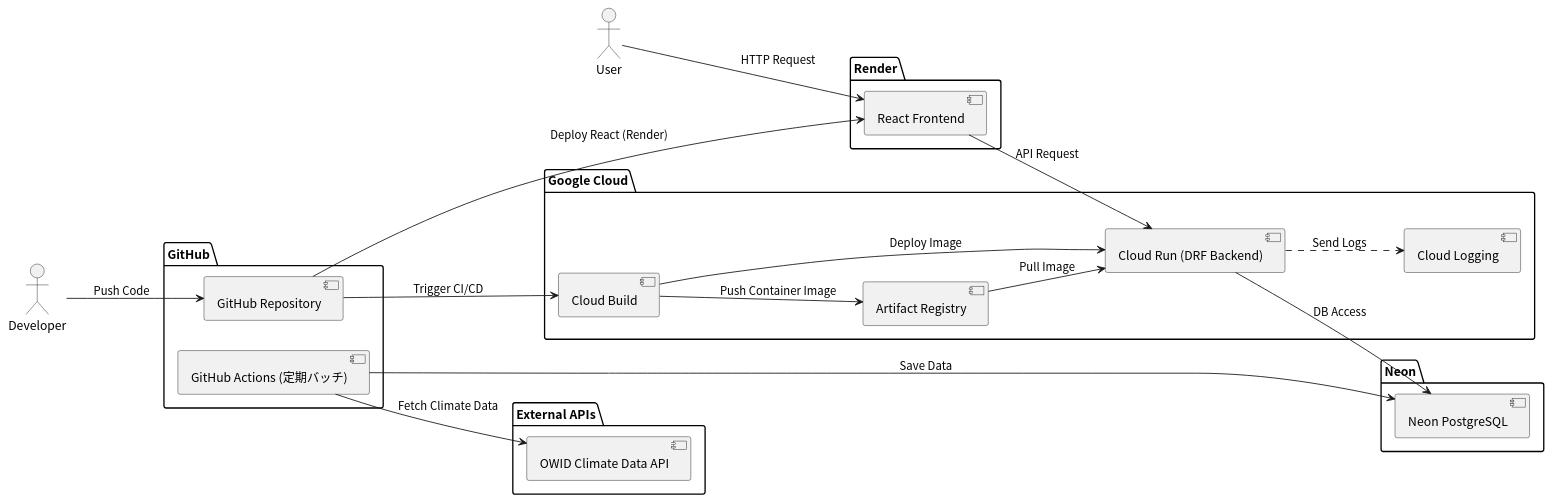
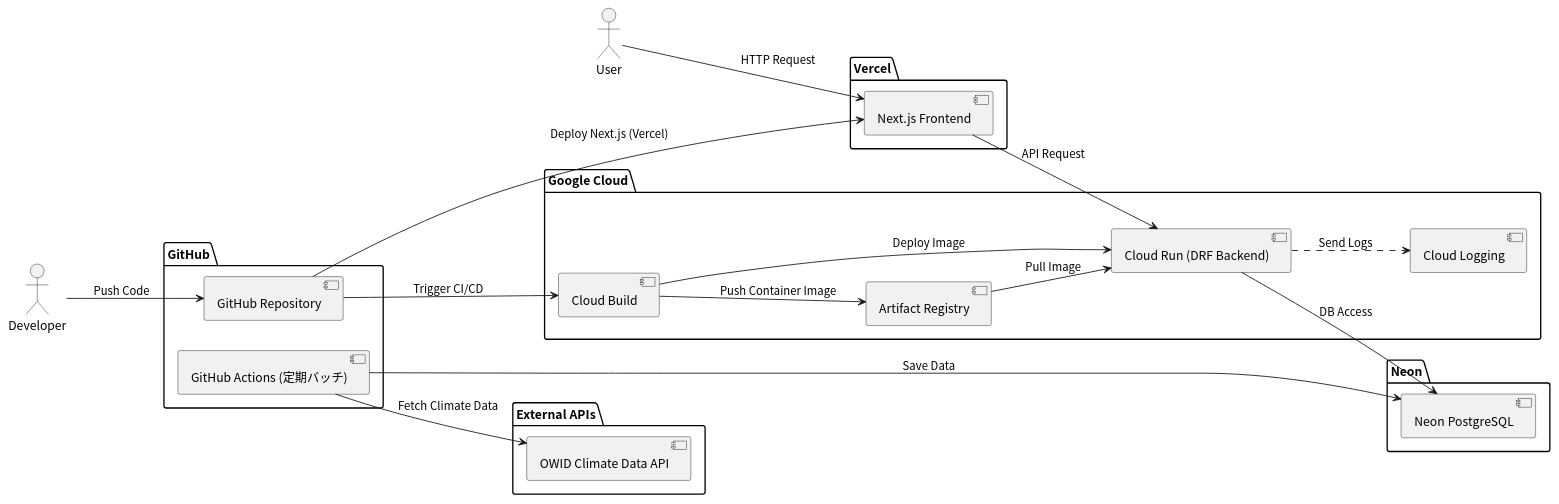
One commit to tomoki-shiozaki/climate-change-app-v2 changed the diagram in docs/system_architecture/system_architecture.pu. Above: the diagram before and after it, drawn with PlantUML. The commit also changed 6 other files, not shown here.

```diff
--- a/docs/system_architecture/system_architecture.pu
+++ b/docs/system_architecture/system_architecture.pu
@@ -1,51 +1,52 @@
 @startuml system_architecture
 skinparam defaultFontName "Noto Sans CJK JP"
 left to right direction
 
 actor User
 actor Developer
 
-package "Render" {
-  component "React Frontend" as Frontend
+package "Vercel" {
+  component "Next.js Frontend" as Frontend
 }
 
 package "Google Cloud" {
   component "Cloud Build" as CloudBuild
   component "Artifact Registry" as ArtifactRegistry
   component "Cloud Run (DRF Backend)" as CloudRun
   component "Cloud Logging" as Logging
 }
 
 package "Neon" {
   component "Neon PostgreSQL" as NeonPostgreSQL
 }
 
 package "External APIs" {
   component "OWID Climate Data API" as OWIDAPI
 }
 
 package "GitHub" {
   component "GitHub Repository" as GitHubRepo
   component "GitHub Actions (定期バッチ)" as GitHubActions
 }
 
-' 開発からデプロイ
+' 開発からデプロイ（バックエンド）
 Developer --> GitHubRepo : Push Code
 GitHubRepo --> CloudBuild : Trigger CI/CD
 CloudBuild --> ArtifactRegistry : Push Container Image
 CloudBuild --> CloudRun : Deploy Image
 ArtifactRegistry --> CloudRun : Pull Image
 
-GitHubRepo --> Frontend : Deploy React (Render)
+' フロントエンド（Vercel）
+GitHubRepo --> Frontend : Deploy Next.js (Vercel)
 
 ' 定期バッチ（GitHub Actions）
 GitHubActions --> OWIDAPI : Fetch Climate Data
 GitHubActions --> NeonPostgreSQL : Save Data
 
 ' アプリ実行
 User --> Frontend : HTTP Request
 Frontend --> CloudRun : API Request
 CloudRun --> NeonPostgreSQL : DB Access
 CloudRun ..> Logging : Send Logs
 
 @enduml
```
